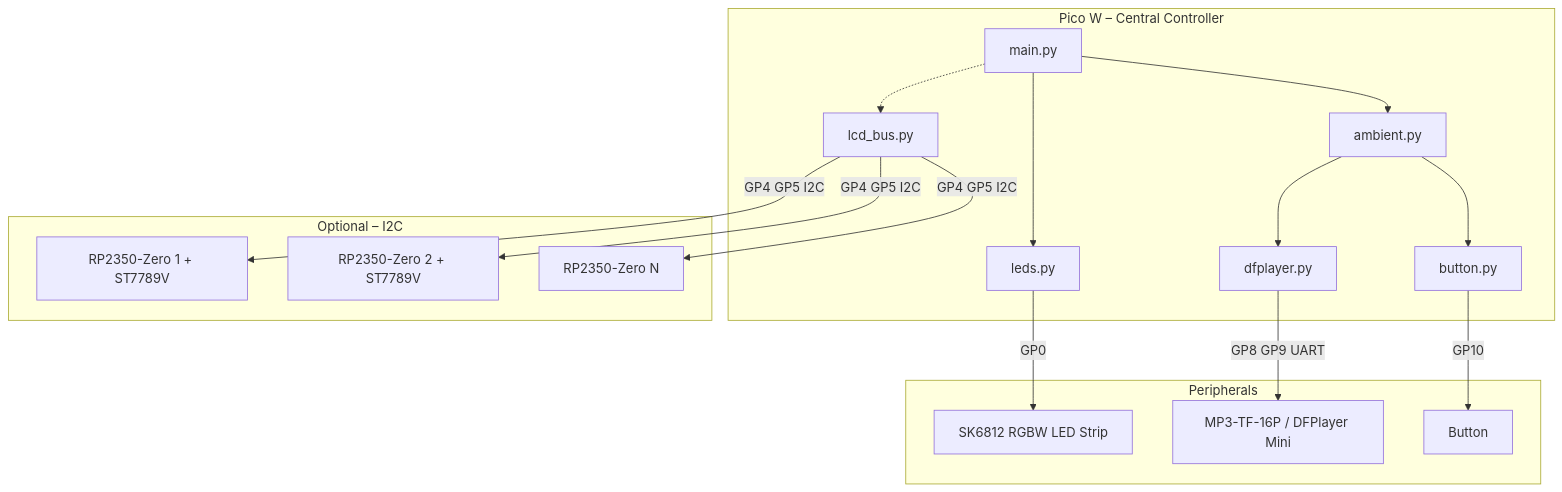
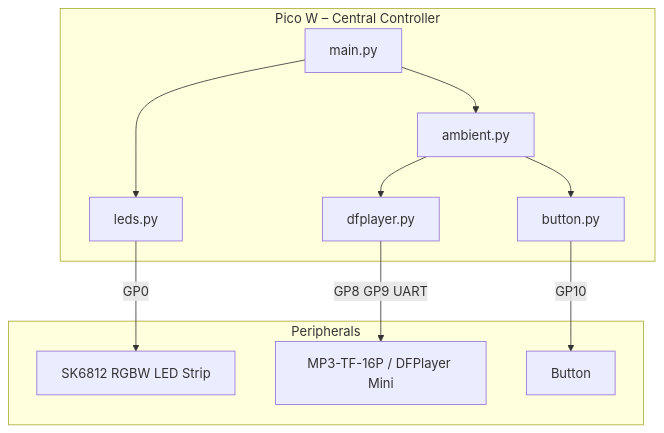
Before and after one commit to StevenGann/BookNook: the first of 3 diagrams in Village/README.md, drawn with Mermaid. The commit also changed other lines of this file and 32 other files, not shown here.

````diff
--- a/Village/README.md
+++ b/Village/README.md
@@ -25,36 +22,25 @@
 ```mermaid
 flowchart TB
     subgraph PicoW [Pico W – Central Controller]
         main[main.py]
         leds_mod[leds.py]
         ambient_mod[ambient.py]
         dfplayer_mod[dfplayer.py]
         button_mod[button.py]
-        lcd_bus[lcd_bus.py]
     end
 
     subgraph Peripherals [Peripherals]
         LED[SK6812 RGBW LED Strip]
         MP3[MP3-TF-16P / DFPlayer Mini]
         BTN[Button]
     end
 
-    subgraph Optional [Optional – I2C]
-        Zero1[RP2350-Zero 1 + ST7789V]
-        Zero2[RP2350-Zero 2 + ST7789V]
-        ZeroN[RP2350-Zero N]
-    end
-
     main --> leds_mod
     main --> ambient_mod
     ambient_mod --> dfplayer_mod
     ambient_mod --> button_mod
-    main -.-> lcd_bus
 
     leds_mod -->|GP0| LED
     dfplayer_mod -->|GP8 GP9 UART| MP3
     button_mod -->|GP10| BTN
-    lcd_bus -->|GP4 GP5 I2C| Zero1
-    lcd_bus -->|GP4 GP5 I2C| Zero2
-    lcd_bus -->|GP4 GP5 I2C| ZeroN
 ```
````
